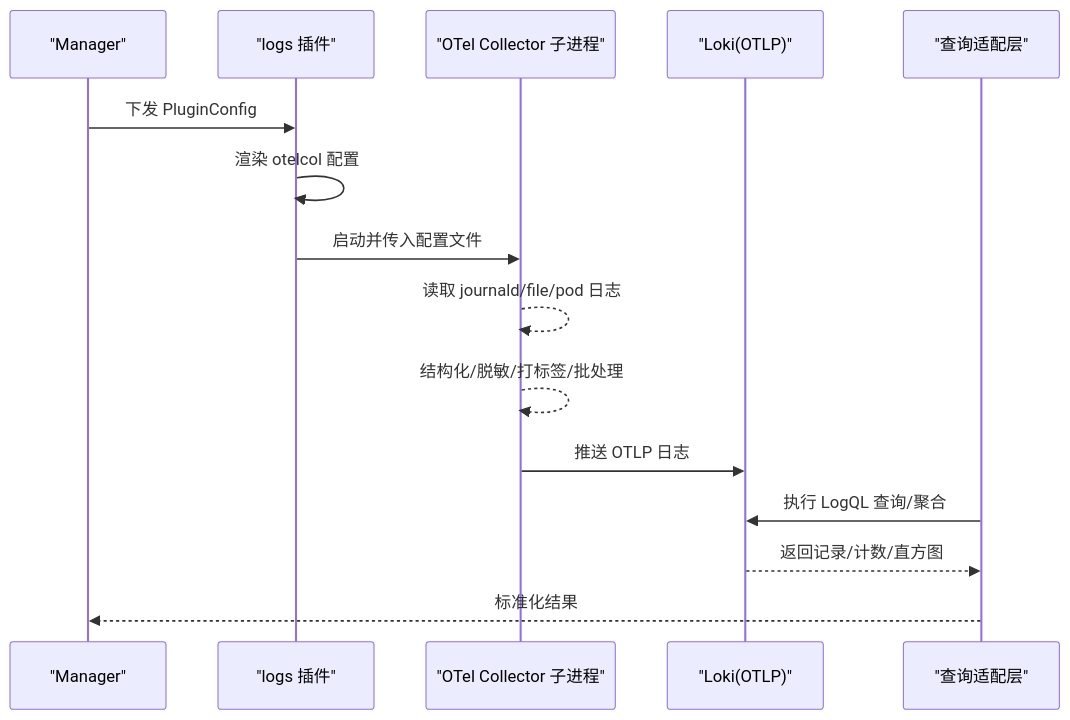
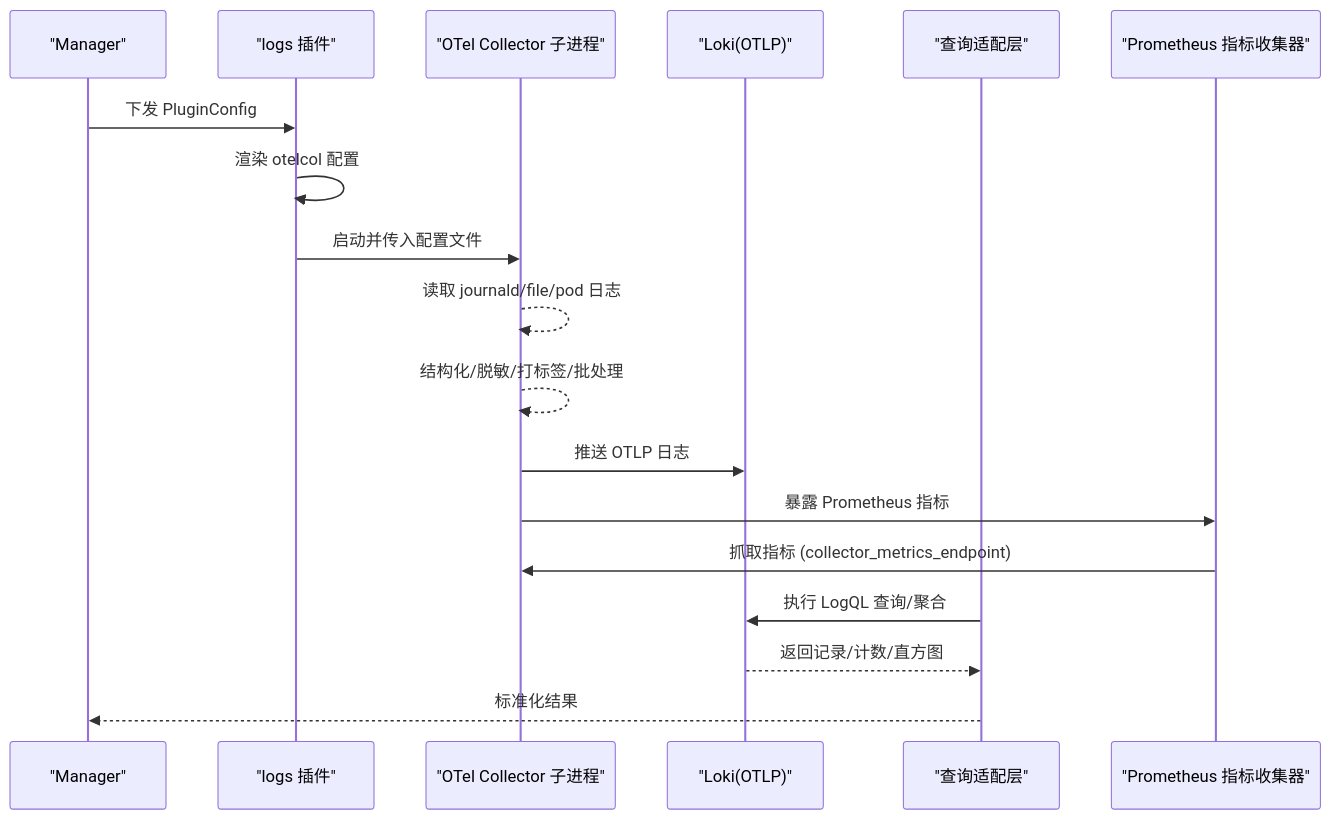
The second of 5 diagrams in .qoder/repowiki/zh/content/架构设计/扩展性设计/插件系统/内置插件详解/日志采集插件.md (xied1133-oss/ongrid), drawn with Mermaid before and after one commit. The commit also changed other lines of this file and 30 other files, not shown here.

````diff
--- a/.qoder/repowiki/zh/content/架构设计/扩展性设计/插件系统/内置插件详解/日志采集插件.md
+++ b/.qoder/repowiki/zh/content/架构设计/扩展性设计/插件系统/内置插件详解/日志采集插件.md
@@ -79,17 +95,20 @@
 ```mermaid
 sequenceDiagram
 participant M as "Manager"
 participant P as "logs 插件"
 participant C as "OTel Collector 子进程"
 participant L as "Loki(OTLP)"
 participant Q as "查询适配层"
+participant PM as "Prometheus 指标收集器"
 M->>P : 下发 PluginConfig
 P->>P : 渲染 otelcol 配置
 P->>C : 启动并传入配置文件
 C-->>C : 读取 journald/file/pod 日志
 C-->>C : 结构化/脱敏/打标签/批处理
 C->>L : 推送 OTLP 日志
+C->>PM : 暴露 Prometheus 指标
+PM->>C : 抓取指标 (collector_metrics_endpoint)
 Q->>L : 执行 LogQL 查询/聚合
 L-->>Q : 返回记录/计数/直方图
 Q-->>M : 标准化结果
 ```
````
